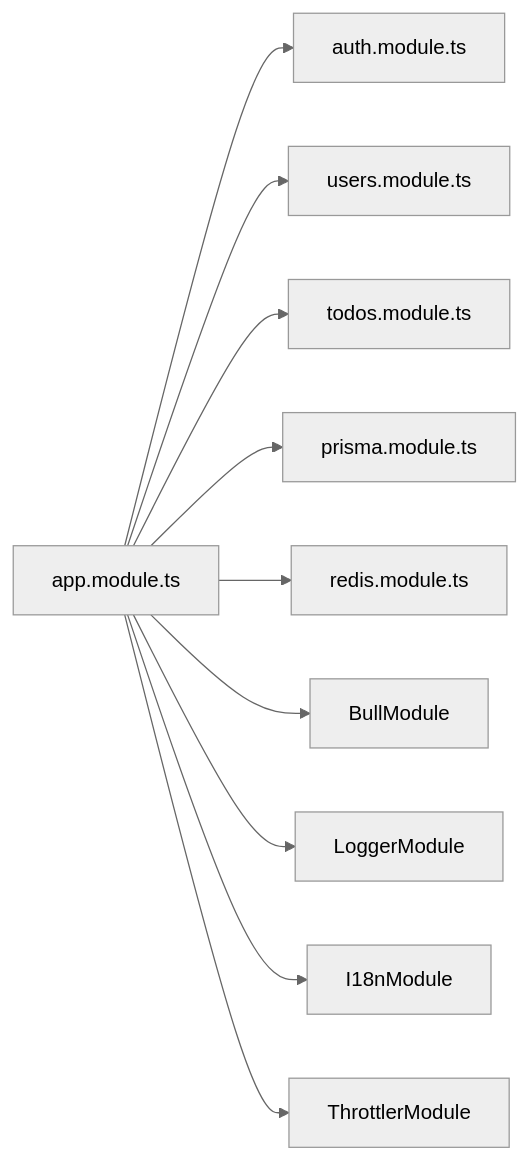
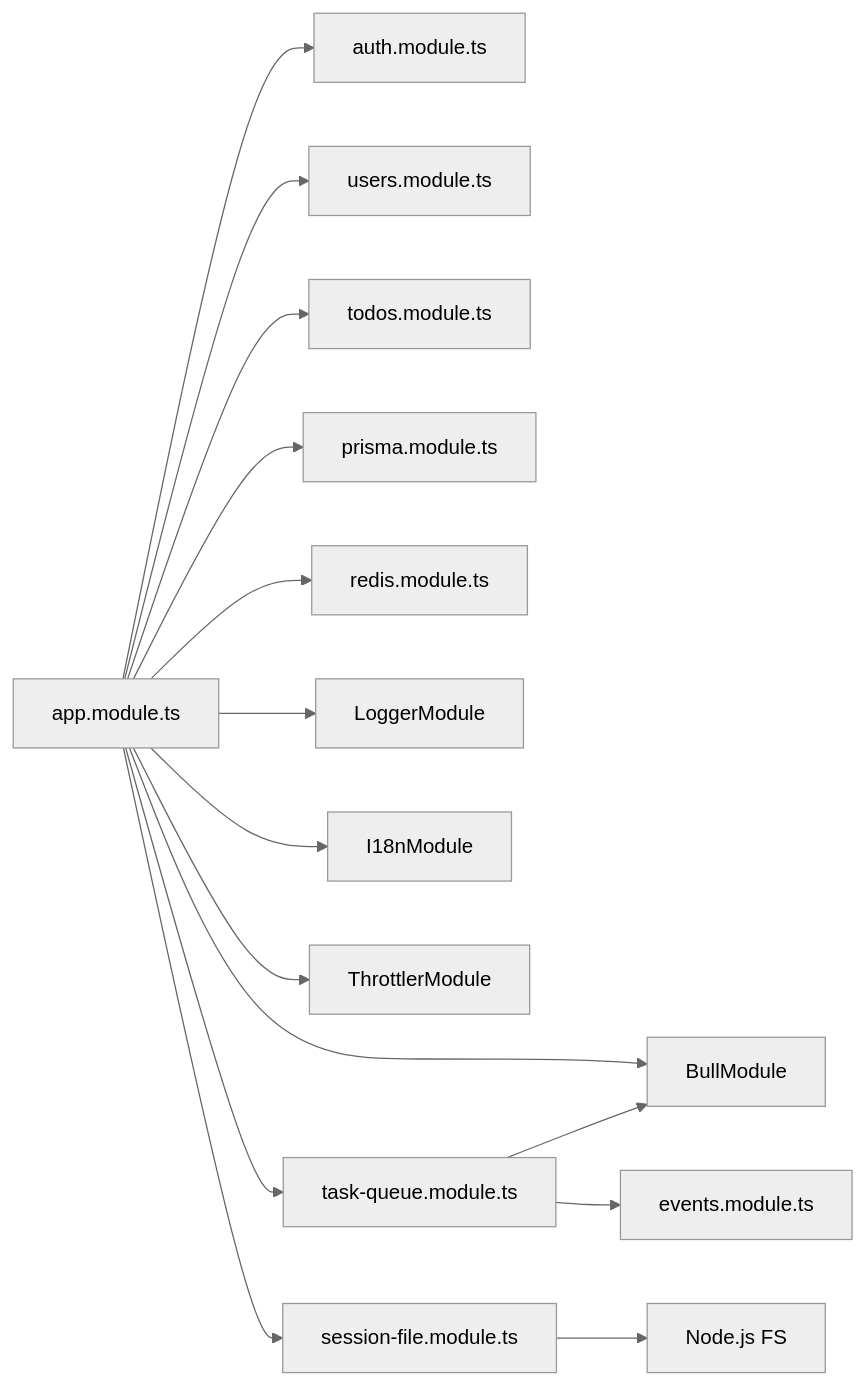
Diagram 12 of 12 in .qoder/repowiki/zh/content/后端架构/后端架构.md (xixixiaoyu/Todo), drawn with Mermaid (neutral theme) before and after one commit. The commit also changed other lines of this file and 6 other files, not shown here.

````diff
--- a/.qoder/repowiki/zh/content/后端架构/后端架构.md
+++ b/.qoder/repowiki/zh/content/后端架构/后端架构.md
@@ -318,12 +542,17 @@
 ```mermaid
 graph LR
 APP["app.module.ts"] --> AUTH["auth.module.ts"]
 APP --> USERS["users.module.ts"]
 APP --> TODOS["todos.module.ts"]
 APP --> PRISMA["prisma.module.ts"]
 APP --> REDIS["redis.module.ts"]
 APP --> BULL["BullModule"]
 APP --> LOG["LoggerModule"]
 APP --> I18N["I18nModule"]
 APP --> THROTTLE["ThrottlerModule"]
+APP --> AGENT_TASK["task-queue.module.ts"]
+APP --> SESSION_FILE["session-file.module.ts"]
+AGENT_TASK --> BULL
+AGENT_TASK --> EVENTS["events.module.ts"]
+SESSION_FILE --> FS["Node.js FS"]
 ```
````
